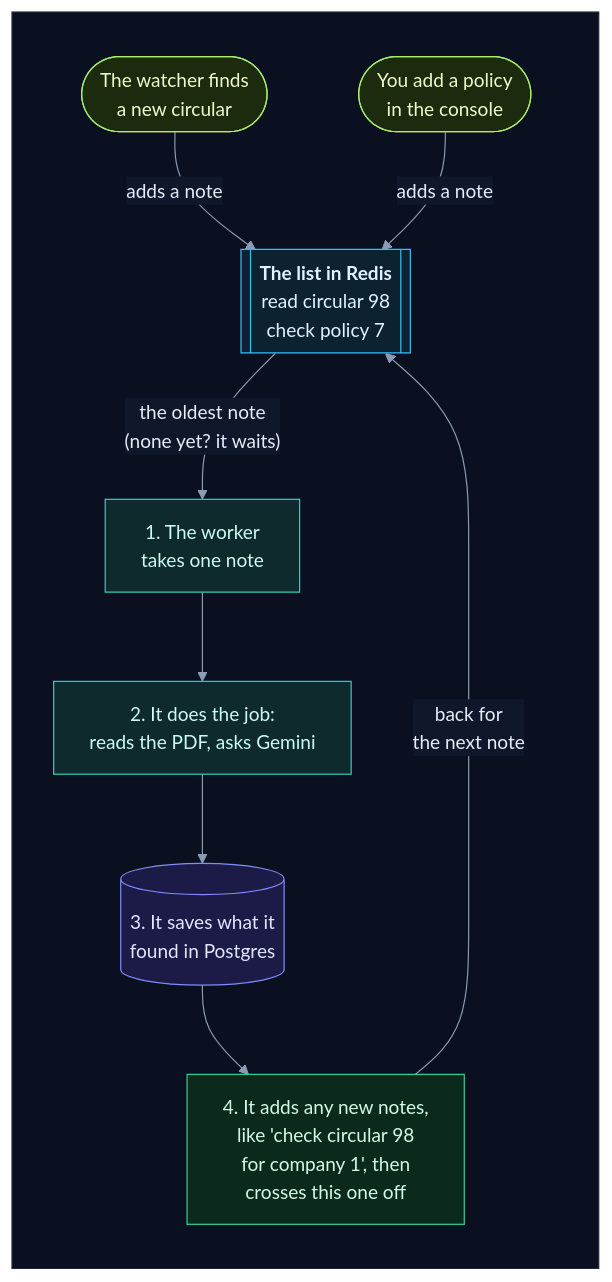
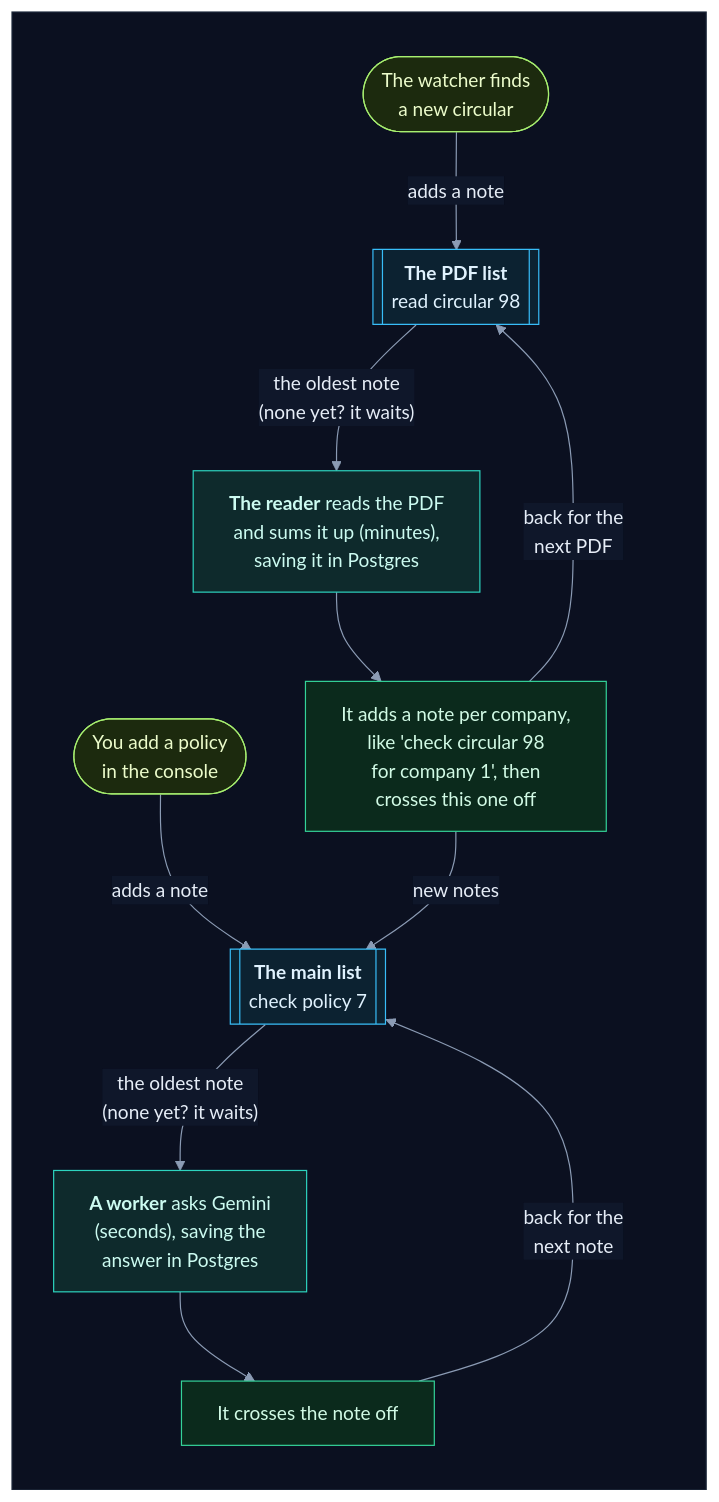
One commit to selvakumarperumal/Regulatory_Circular_Impact_Agent changed the second of 45 diagrams in backend/worker/INTERNALS.md. Above: the diagram before and after it, drawn with Mermaid. The commit also changed other lines of this file and 7 other files, not shown here.

Commit message:
Document the PDF lane and the main lane

````diff
--- a/backend/worker/INTERNALS.md
+++ b/backend/worker/INTERNALS.md
@@ -110,30 +120,31 @@
 ```mermaid
 %%{init: {"theme": "base", "flowchart": {"diagramPadding": 0}, "themeVariables": {"darkMode": true, "primaryColor": "#16213a", "primaryTextColor": "#e6edf7", "primaryBorderColor": "#475a7a", "lineColor": "#8b9bb4", "secondaryColor": "#1b2436", "tertiaryColor": "#101a2e", "edgeLabelBackground": "#0f172a", "textColor": "#e2e8f0", "clusterBkg": "#0f1728", "clusterBorder": "#2b3a55", "titleColor": "#c4b5fd", "nodeTextColor": "#e6edf7"}}}%%
 flowchart TD
     subgraph canvas[" "]
         direction TB
-        wt(["The watcher finds<br/>a new circular"]) -->|"adds a note"| Q
-        ap(["You add a policy<br/>in the console"]) -->|"adds a note"| Q
-        Q[["<b>The list in Redis</b><br/>read circular 98<br/>check policy 7"]] -->|"the oldest note<br/>(none yet? it waits)"| take
-        take["1. The worker<br/>takes one note"] --> work["2. It does the job:<br/>reads the PDF, asks Gemini"]
-        work --> save[("3. It saves what it<br/>found in Postgres")]
-        save --> off["4. It adds any new notes,<br/>like 'check circular 98<br/>for company 1', then<br/>crosses this one off"]
-        off -->|"back for<br/>the next note"| Q
+        wt(["The watcher finds<br/>a new circular"]) -->|"adds a note"| P
+        ap(["You add a policy<br/>in the console"]) -->|"adds a note"| M
+        P[["<b>The PDF list</b><br/>read circular 98"]] -->|"the oldest note<br/>(none yet? it waits)"| r1
+        M[["<b>The main list</b><br/>check policy 7"]] -->|"the oldest note<br/>(none yet? it waits)"| w1
+        r1["<b>The reader</b> reads the PDF<br/>and sums it up (minutes),<br/>saving it in Postgres"] --> r2["It adds a note per company,<br/>like 'check circular 98<br/>for company 1', then<br/>crosses this one off"]
+        r2 -->|"new notes"| M
+        r2 -->|"back for the<br/>next PDF"| P
+        w1["<b>A worker</b> asks Gemini<br/>(seconds), saving the<br/>answer in Postgres"] --> w2["It crosses the note off"]
+        w2 -->|"back for the<br/>next note"| M
     end
     classDef svc fill:#0e2a2c,stroke:#2dd4bf,color:#ccfbf1
     classDef data fill:#1c1a47,stroke:#818cf8,color:#e0e7ff
     classDef ext fill:#2a1640,stroke:#c084fc,color:#f3e8ff
     classDef gpu fill:#2d1b0c,stroke:#fb923c,color:#ffedd5
     classDef ask fill:#2a2410,stroke:#fbbf24,color:#fef3c7
     classDef ok fill:#0b2a1c,stroke:#34d399,color:#d1fae5
     classDef bad fill:#2e0f17,stroke:#fb7185,color:#ffe4e6
     classDef start fill:#1c2a0e,stroke:#a7ef6f,color:#ecfccb
     classDef muted fill:#1a2130,stroke:#64748b,color:#cbd5e1
     classDef queue fill:#0c2231,stroke:#38bdf8,color:#e0f2fe
     class wt,ap start
-    class Q queue
-    class take,work svc
-    class save data
-    class off ok
+    class P,M queue
+    class r1,w1 svc
+    class r2,w2 ok
     style canvas fill:#0b1020,stroke:#1e293b,color:#0b1020
 ```
````
